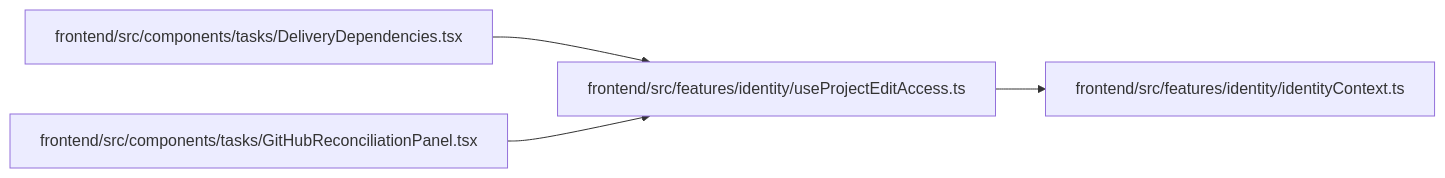
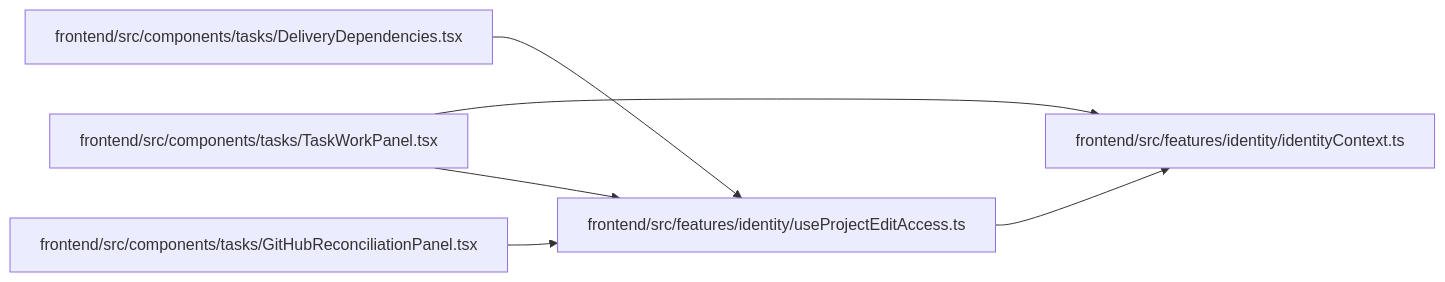
The diagram in docs/llm_wiki/modules/useProjectEditAccess.md (Denissvgn/WorkChord), drawn with Mermaid before and after one commit. The commit also changed other lines of this file and 674 other files, not shown here.

Commit message:
Sync the architectural wiki for showing stopped work

````diff
--- a/docs/llm_wiki/modules/useProjectEditAccess.md
+++ b/docs/llm_wiki/modules/useProjectEditAccess.md
@@ -25,14 +25,18 @@
 ```mermaid
 flowchart LR
     n0["frontend/src/components/tasks/DeliveryDependencies.tsx"]
     n1["frontend/src/components/tasks/GitHubReconciliationPanel.tsx"]
-    n2["frontend/src/features/identity/identityContext.ts"]
-    n3["frontend/src/features/identity/useProjectEditAccess.ts"]
-    n0 --> n3
-    n1 --> n3
-    n3 --> n2
+    n2["frontend/src/components/tasks/TaskWorkPanel.tsx"]
+    n3["frontend/src/features/identity/identityContext.ts"]
+    n4["frontend/src/features/identity/useProjectEditAccess.ts"]
+    n0 --> n4
+    n1 --> n4
+    n2 --> n3
+    n2 --> n4
+    n4 --> n3
     click n0 "../modules/DeliveryDependencies.md"
     click n1 "../modules/GitHubReconciliationPanel.md"
-    click n2 "../modules/identityContext.md"
-    click n3 "../modules/useProjectEditAccess.md"
+    click n2 "../modules/TaskWorkPanel.md"
+    click n3 "../modules/identityContext.md"
+    click n4 "../modules/useProjectEditAccess.md"
 ```
````
